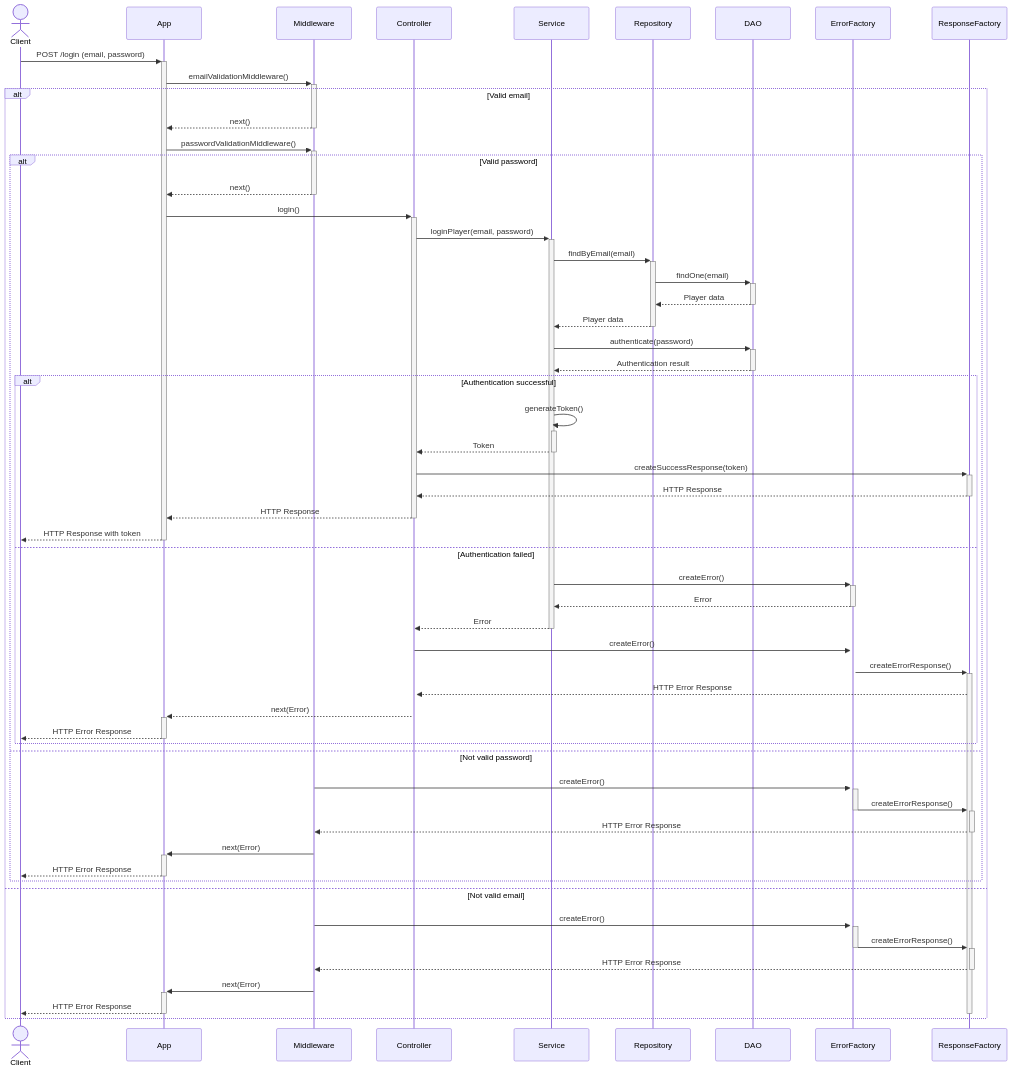
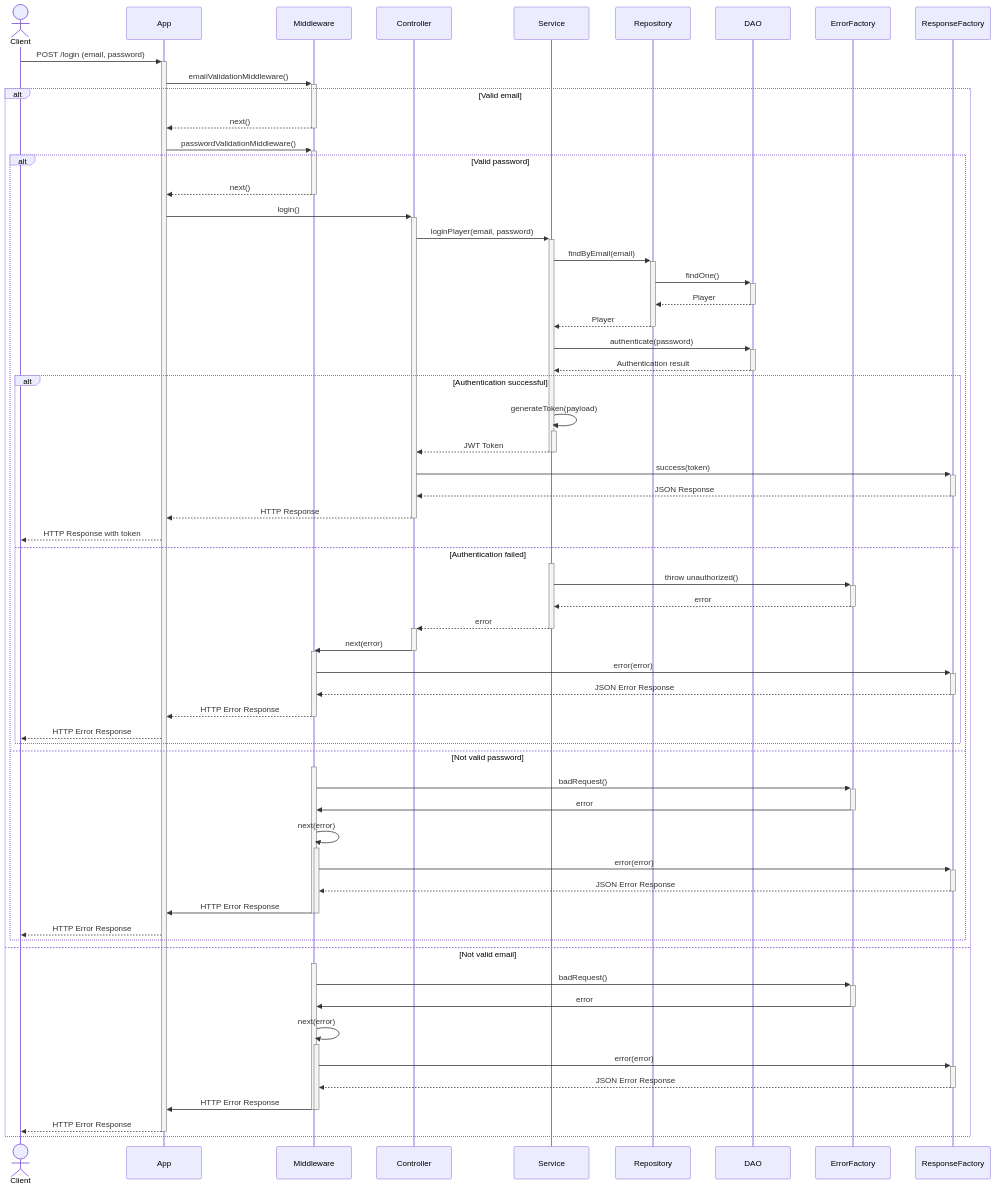
The first of 3 diagrams in README.md (nicolobartolinii/chess-backend), drawn with Mermaid before and after one commit. The commit also changed other lines of this file and 4 other files, not shown here.

````diff
--- a/README.md
+++ b/README.md
@@ -4,63 +62,71 @@
 ```mermaid
 sequenceDiagram
     actor Client
     participant App
     participant Middleware
     participant Controller
     participant Service
     participant Repository
     participant DAO
     participant ErrorFactory
     participant ResponseFactory
 
     Client->>+App: POST /login (email, password)
     App->>+Middleware: emailValidationMiddleware()
     alt Valid email
         Middleware-->>-App: next()
         App->>+Middleware: passwordValidationMiddleware()
         alt Valid password
             Middleware-->>-App: next()
             App->>+Controller: login()
             Controller->>+Service: loginPlayer(email, password)
             Service->>+Repository: findByEmail(email)
-            Repository->>+DAO: findOne(email)
-            DAO-->>-Repository: Player data
-            Repository-->>-Service: Player data
+            Repository->>+DAO: findOne()
+            DAO-->>-Repository: Player
+            Repository-->>-Service: Player
             Service->>+DAO: authenticate(password)
             DAO-->>-Service: Authentication result
             alt Authentication successful
-                Service->>+Service: generateToken()
-                Service-->>-Controller: Token
-                Controller->>+ResponseFactory: createSuccessResponse(token)
-                ResponseFactory-->>-Controller: HTTP Response
+                Service->>+Service: generateToken(payload)
+                Service-->>-Controller: JWT Token
+                deactivate Service
+                Controller->>+ResponseFactory: success(token)
+                ResponseFactory-->>-Controller: JSON Response
                 Controller-->>-App: HTTP Response
-                App-->>-Client: HTTP Response with token
+                App-->>Client: HTTP Response with token
             else Authentication failed
-                Service->>+ErrorFactory: createError()
-                ErrorFactory-->>-Service: Error
-                Service-->>-Controller: Error
-                Controller->>+ErrorFactory: createError()
-                ErrorFactory->>+ResponseFactory: createErrorResponse()
-                ResponseFactory-->>+Controller: HTTP Error Response
-                Controller-->>+App: next(Error)
-                App-->>-Client: HTTP Error Response
+                activate Service
+                Service->>+ErrorFactory: throw unauthorized()
+                ErrorFactory-->>-Service: error
+                Service-->>+Controller: error
+                deactivate Service
+                Controller->>-Middleware: next(error)
+                activate Middleware
+                Middleware->>+ResponseFactory: error(error)
+                ResponseFactory-->>-Middleware: JSON Error Response
+                Middleware-->>-App: HTTP Error Response
+                App-->>Client: HTTP Error Response
             end
         else Not valid password
-            Middleware->>+ErrorFactory: createError()
-            ErrorFactory->>+ResponseFactory: createErrorResponse()
-            deactivate ErrorFactory
-            ResponseFactory-->>-Middleware: HTTP Error Response
-            Middleware->>+App: next(Error)
-            App-->>-Client: HTTP Error Response
+            activate Middleware
+            Middleware->>+ErrorFactory: badRequest()
+            ErrorFactory->>-Middleware: error
+            Middleware->>+Middleware: next(error)
+            Middleware->>+ResponseFactory: error(error)
+            ResponseFactory-->>-Middleware: JSON Error Response
+            Middleware->>-App: HTTP Error Response
+            deactivate Middleware
+            App-->>Client: HTTP Error Response
         end
     else Not valid email
-        Middleware->>+ErrorFactory: createError()
-        ErrorFactory->>+ResponseFactory: createErrorResponse()
-        deactivate ErrorFactory
-        ResponseFactory-->>-Middleware: HTTP Error Response
-        Middleware->>+App: next(Error)
+        activate Middleware
+        Middleware->>+ErrorFactory: badRequest()
+        ErrorFactory->>-Middleware: error
+        Middleware->>+Middleware: next(error)
+        Middleware->>+ResponseFactory: error(error)
+        ResponseFactory-->>-Middleware: JSON Error Response
+        Middleware->>-App: HTTP Error Response
+        deactivate Middleware
         App-->>-Client: HTTP Error Response
-        
-        deactivate ResponseFactory
     end
 ```
````
